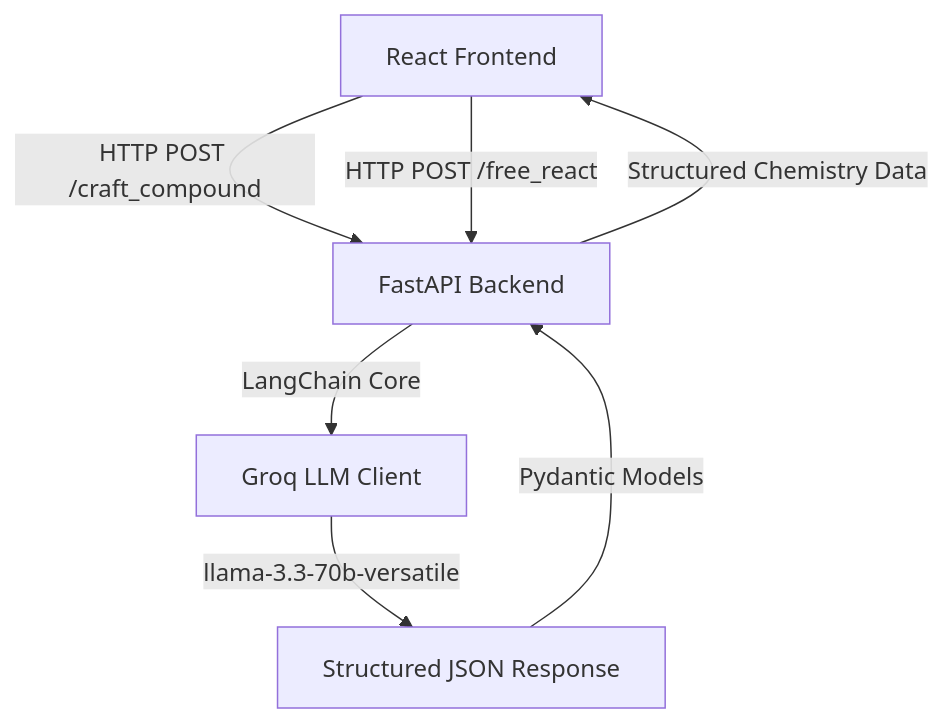
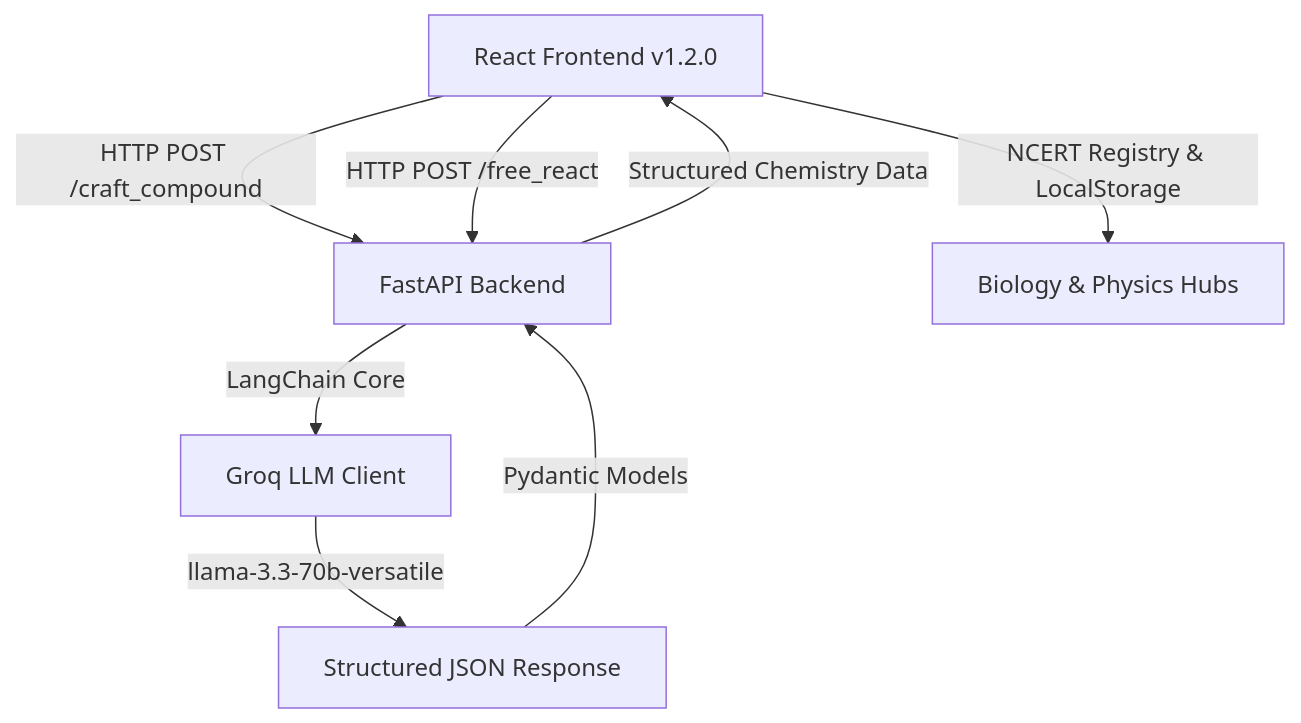
Before and after one commit to TeamAI-work/EducationAI-Games: the diagram in README.md, drawn with Mermaid. The commit also changed other lines of this file and 86 other files, not shown here.

First line of the commit message:
feat: release v1.2.0 with NCERT Biology Suite, Teacher Question Builder & Physics Hub enhancements

````diff
--- a/README.md
+++ b/README.md
@@ -11,9 +16,10 @@
 ```mermaid
 graph TD
-    A[React Frontend] -->|HTTP POST /craft_compound| B[FastAPI Backend]
+    A[React Frontend v1.2.0] -->|HTTP POST /craft_compound| B[FastAPI Backend]
     A -->|HTTP POST /free_react| B
+    A -->|NCERT Registry & LocalStorage| E[Biology & Physics Hubs]
     B -->|LangChain Core| C[Groq LLM Client]
     C -->|llama-3.3-70b-versatile| D[Structured JSON Response]
     D -->|Pydantic Models| B
     B -->|Structured Chemistry Data| A
 ```
````
